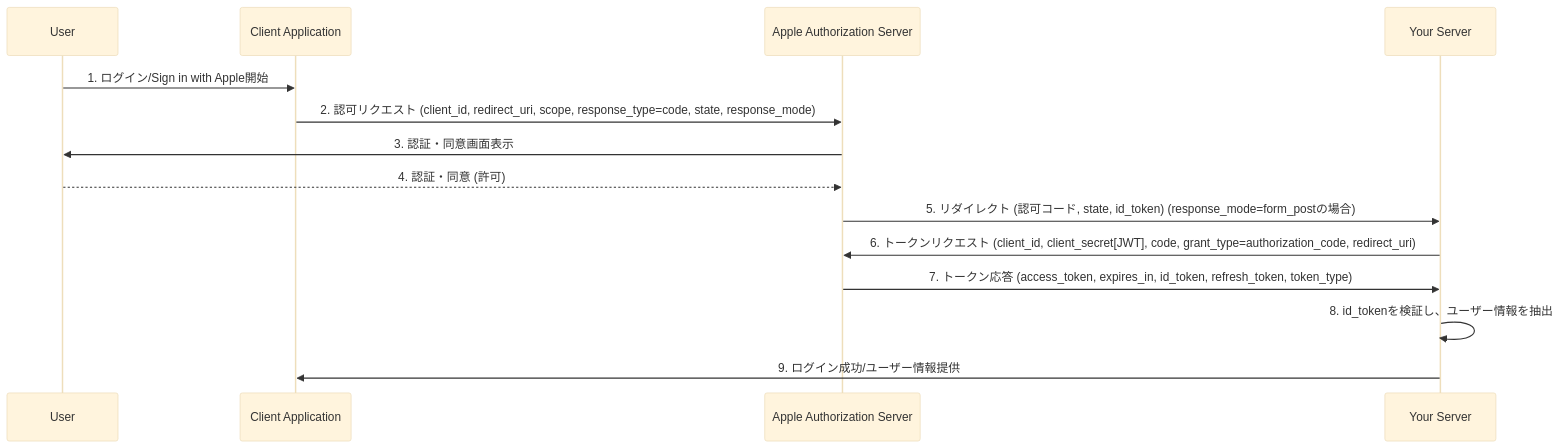
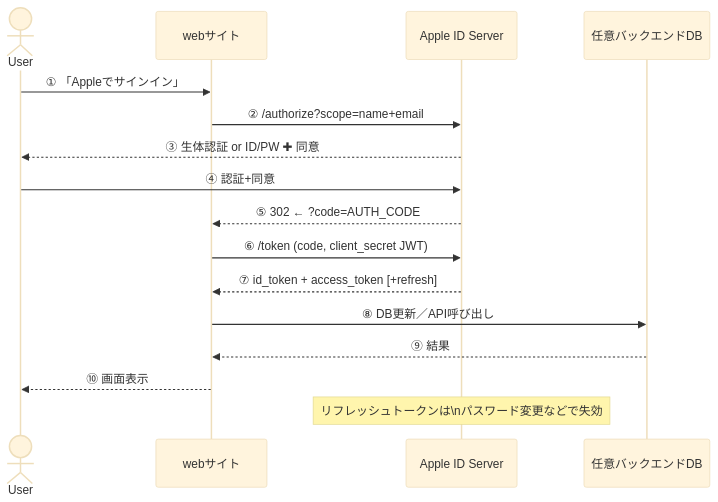
Before and after one commit to tamai-hideyuki/tamai-hideyuki: the diagram in docs/authentication/oauth/apple.md, drawn with Mermaid (base theme). The commit also changed other lines of this file and 12 other files, not shown here.

````diff
--- a/docs/authentication/oauth/apple.md
+++ b/docs/authentication/oauth/apple.md
@@ -7,17 +8,20 @@
 ```mermaid
 sequenceDiagram
-    participant User
-    participant ClientApp as Client Application
-    participant AppleAuth as Apple Authorization Server
-    participant YourServer as Your Server
+  actor User
+  participant Site as webサイト
+  participant AppleAuth as Apple ID Server
+  participant Res as 任意バックエンドDB
 
-    User->>ClientApp: 1. ログイン/Sign in with Apple開始
-    ClientApp->>AppleAuth: 2. 認可リクエスト (client_id, redirect_uri, scope, response_type=code, state, response_mode)
-    AppleAuth->>User: 3. 認証・同意画面表示
-    User-->>AppleAuth: 4. 認証・同意 (許可)
-    AppleAuth->>YourServer: 5. リダイレクト (認可コード, state, id_token) (response_mode=form_postの場合)
-    YourServer->>AppleAuth: 6. トークンリクエスト (client_id, client_secret[JWT], code, grant_type=authorization_code, redirect_uri)
-    AppleAuth->>YourServer: 7. トークン応答 (access_token, expires_in, id_token, refresh_token, token_type)
-    YourServer->>YourServer: 8. id_tokenを検証し、ユーザー情報を抽出
-    YourServer->>ClientApp: 9. ログイン成功/ユーザー情報提供
+  User->>Site: ① 「Appleでサインイン」
+  Site->>AppleAuth: ② /authorize?scope=name+email
+  AppleAuth-->>User: ③ 生体認証 or ID/PW ✚ 同意
+  User->>AppleAuth: ④ 認証+同意
+  AppleAuth-->>Site: ⑤ 302 ← ?code=AUTH_CODE
+  Site->>AppleAuth: ⑥ /token (code, client_secret JWT)
+  AppleAuth-->>Site: ⑦ id_token + access_token [+refresh]
+  Site->>Res: ⑧ DB更新／API呼び出し
+  Res-->>Site: ⑨ 結果
+  Site-->>User: ⑩ 画面表示
+  Note over AppleAuth: リフレッシュトークンは\nパスワード変更などで失効
+
 ```
````
